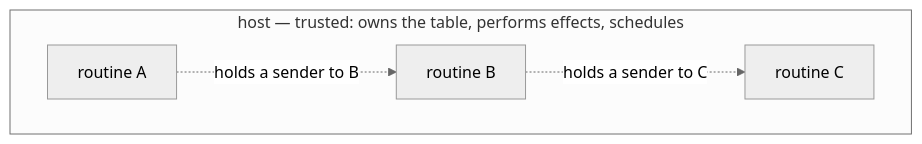
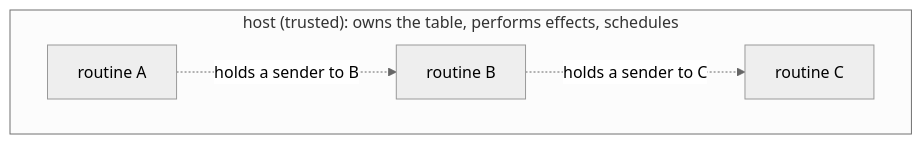
The diagram in design/capabilities.md (inkandswitch/sans-effort), drawn with Mermaid (neutral theme) before and after one commit. The commit also changed other lines of this file and 23 other files, not shown here.

````diff
--- a/design/capabilities.md
+++ b/design/capabilities.md
@@ -15,11 +12,11 @@
 ```mermaid
 flowchart TB
-    subgraph host["host — trusted: owns the table, performs effects, schedules"]
+    subgraph host["host (trusted): owns the table, performs effects, schedules"]
         direction LR
         a["routine A"]
         b["routine B"]
         c["routine C"]
     end
     a -. "holds a sender to B" .-> b
     b -. "holds a sender to C" .-> c
 ```
````
